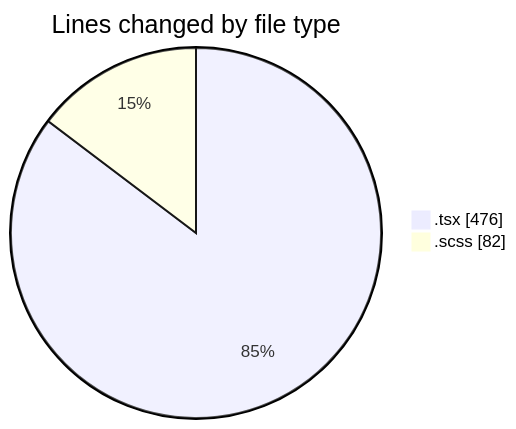
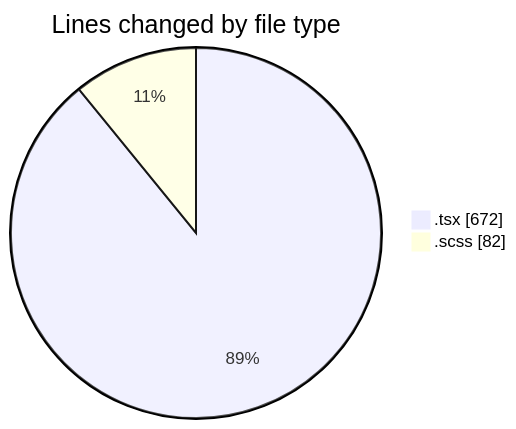
One commit to momahboobian/code-tracking changed the first of 2 diagrams in 2025-04-01/cda/README.md. Above: the diagram before and after it, drawn with Mermaid. The commit also changed other lines of this file and 1 other file, not shown here.

````diff
--- a/2025-04-01/cda/README.md
+++ b/2025-04-01/cda/README.md
@@ -24,6 +25,6 @@
 ```mermaid
 pie showData
 title Lines changed by file type
-".tsx" : 476
+".tsx" : 672
 ".scss" : 82
 ```
````
